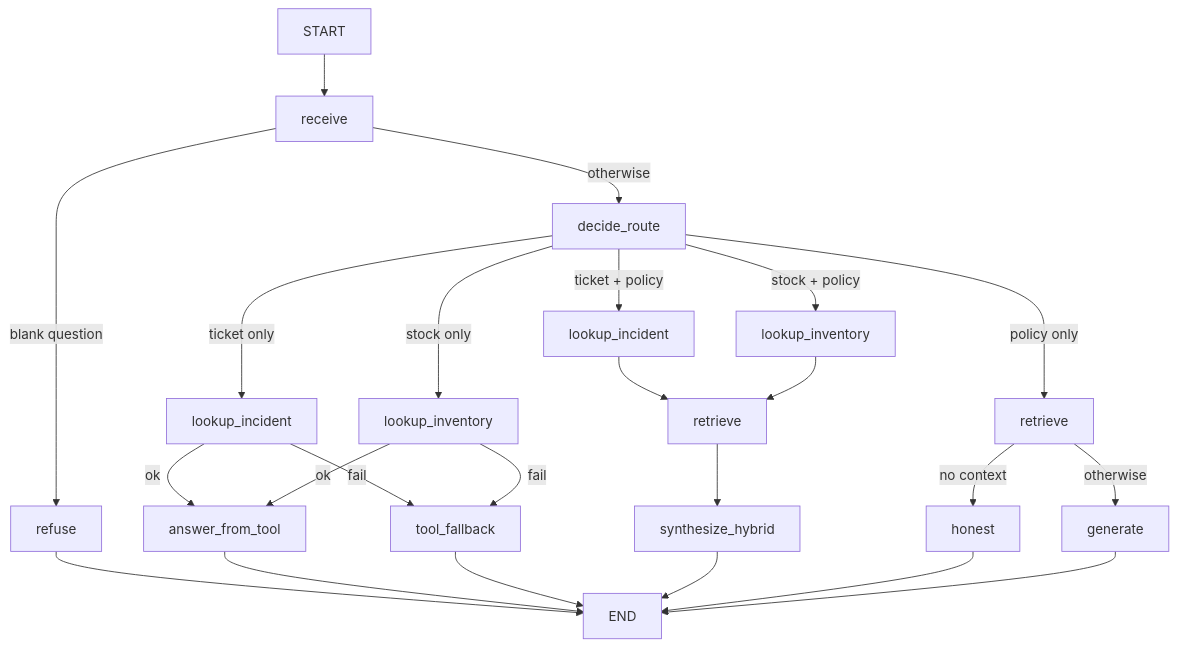
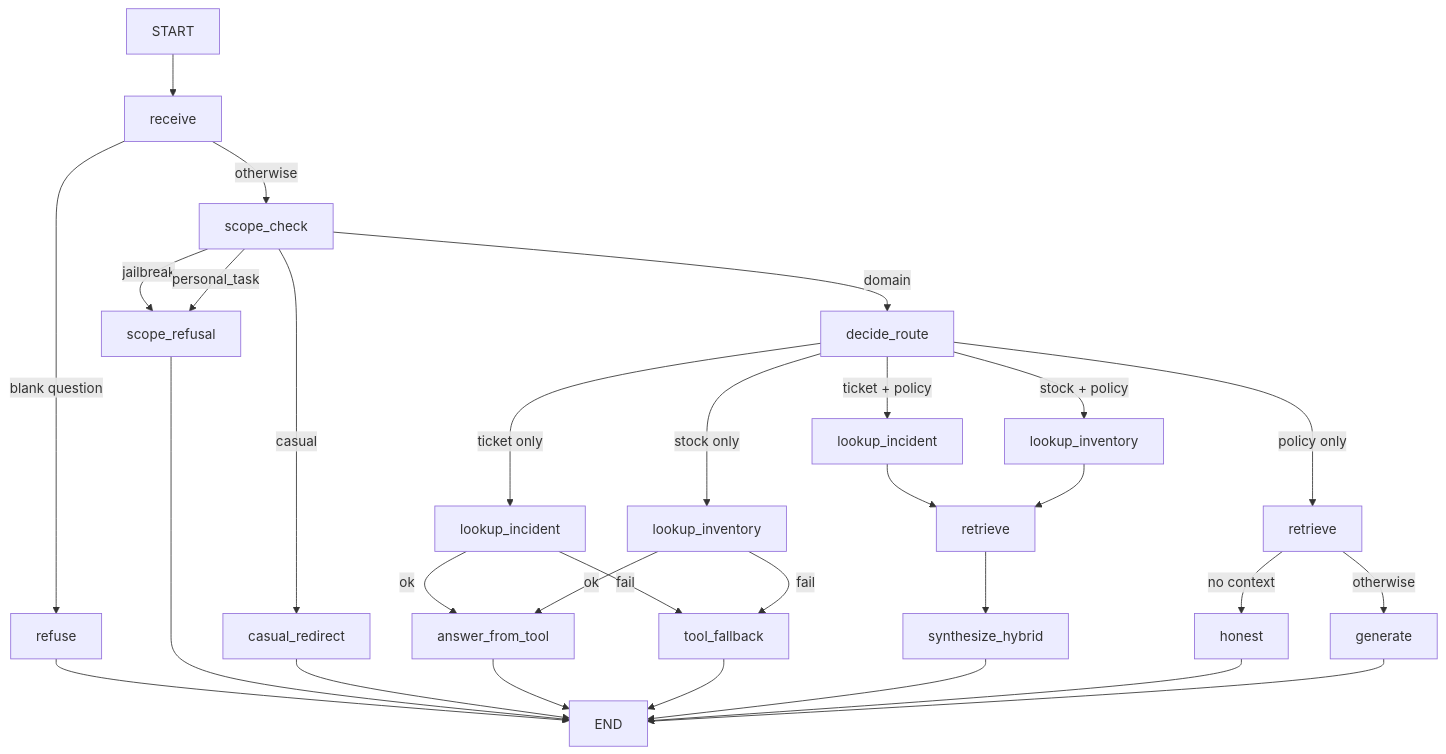
Before and after one commit to 4GeeksAcademy/ocielgallardo-company-choice: the diagram in docs/rag/agent-graph.md, drawn with Mermaid. The commit also changed other lines of this file and 3 other files, not shown here.

First line of the commit message:
docs(agent): guardrail evidence, agent-graph §11, memory-bank update

````diff
--- a/docs/rag/agent-graph.md
+++ b/docs/rag/agent-graph.md
@@ -16,26 +16,32 @@
 ```mermaid
 flowchart TD
     START --> RECEIVE[receive]
     RECEIVE -->|blank question| REFUSE[refuse]
-    RECEIVE -->|otherwise| DECIDE[decide_route]
+    RECEIVE -->|otherwise| SCOPE[scope_check]
+    SCOPE -->|jailbreak| SREF[scope_refusal]
+    SCOPE -->|personal_task| SREF
+    SCOPE -->|casual| CAS[casual_redirect]
+    SCOPE -->|domain| DECIDE[decide_route]
     DECIDE -->|ticket only| INC[lookup_incident]
     DECIDE -->|stock only| INV[lookup_inventory]
     DECIDE -->|ticket + policy| HINC[lookup_incident]
     DECIDE -->|stock + policy| HINV[lookup_inventory]
     DECIDE -->|policy only| RETRIEVE[retrieve]
     INC -->|ok| ANS[answer_from_tool]
     INC -->|fail| FALL[tool_fallback]
     INV -->|ok| ANS
     INV -->|fail| FALL
     HINC --> RET2[retrieve]
     HINV --> RET2
     RET2 --> SYN[synthesize_hybrid]
     RETRIEVE -->|no context| HONEST[honest]
     RETRIEVE -->|otherwise| GENERATE[generate]
     REFUSE --> END
+    SREF --> END
+    CAS --> END
     ANS --> END
     FALL --> END
     SYN --> END
     HONEST --> END
     GENERATE --> END
 ```
````
